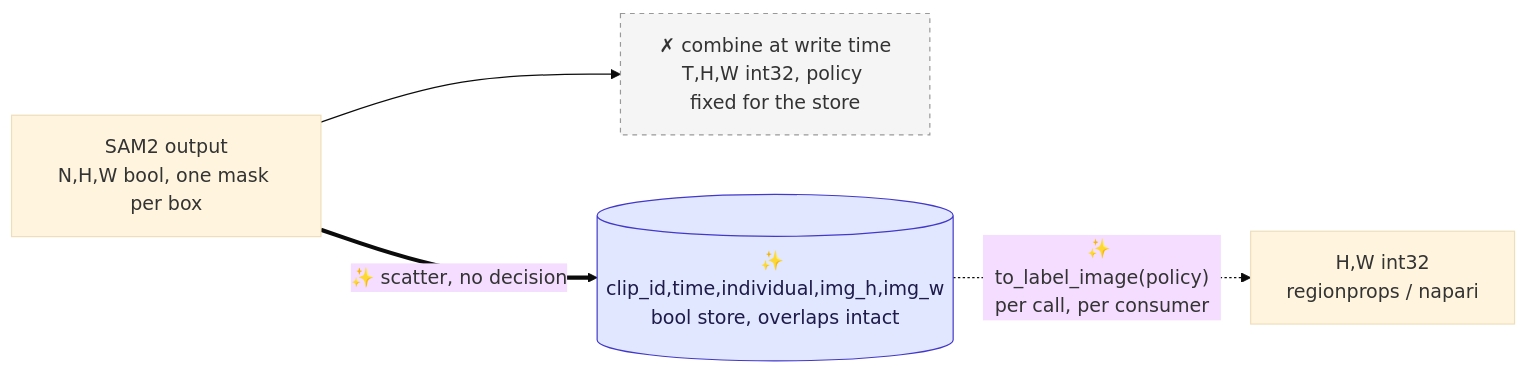
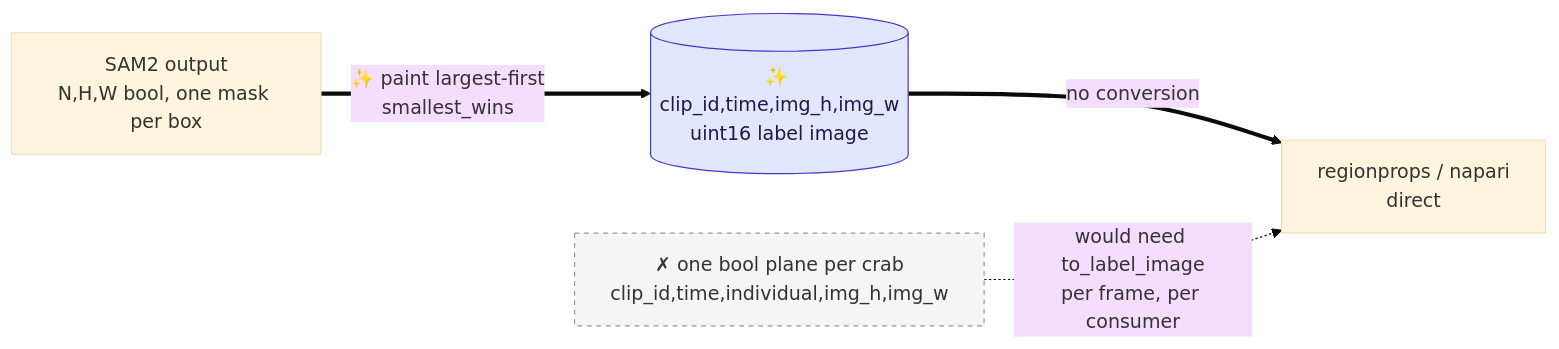
The second of 3 diagrams in claude-plans/proposal-mask-tracked-crabs.md (SainsburyWellcomeCentre/crabs-exploration), drawn with Mermaid (base theme) before and after one commit. The commit also changed other lines of this file and 3 other files, not shown here.

````diff
--- a/claude-plans/proposal-mask-tracked-crabs.md
+++ b/claude-plans/proposal-mask-tracked-crabs.md
@@ -551,8 +631,8 @@
 ```mermaid
 flowchart LR
-    S["SAM2 output<br/>N,H,W bool, one mask per box"] --> X["✗ combine at write time<br/>T,H,W int32, policy fixed for the store"]
-    S ==>|"✨ scatter, no decision"| Z[("✨ clip_id,time,individual,img_h,img_w<br/>bool store, overlaps intact")]
-    Z -.->|"✨ to_label_image(policy)<br/>per call, per consumer"| K["H,W int32<br/>regionprops / napari"]
+    S["SAM2 output<br/>N,H,W bool, one mask per box"] ==>|"✨ paint largest-first<br/>smallest_wins"| Z[("✨ clip_id,time,img_h,img_w<br/>uint16 label image")]
+    Z ==>|"no conversion"| K["regionprops / napari<br/>direct"]
+    X["✗ one bool plane per crab<br/>clip_id,time,individual,img_h,img_w"] -.->|"would need to_label_image<br/>per frame, per consumer"| K
     style X fill:#f5f5f5,stroke:#999,color:#333,stroke-dasharray: 4 4
     style Z fill:#e0e7ff,stroke:#4338ca,color:#1e1b4b
 ```
````
